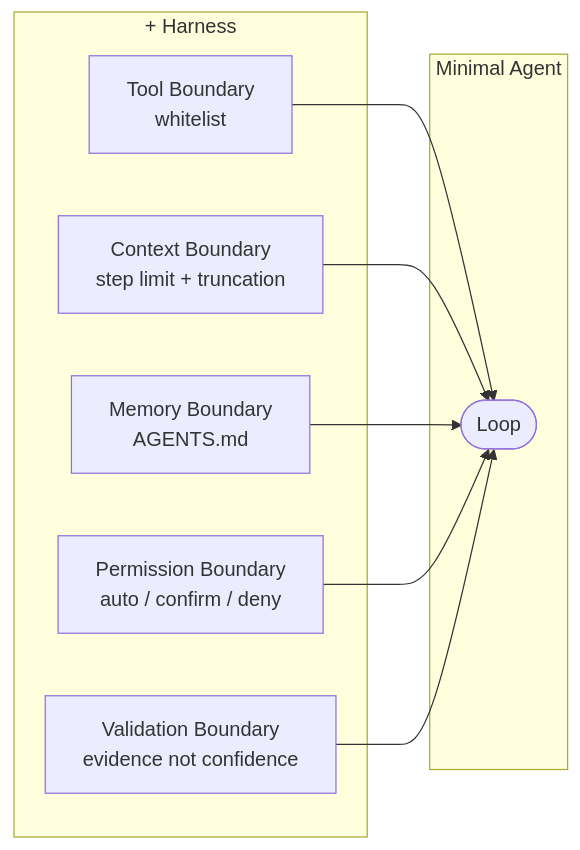
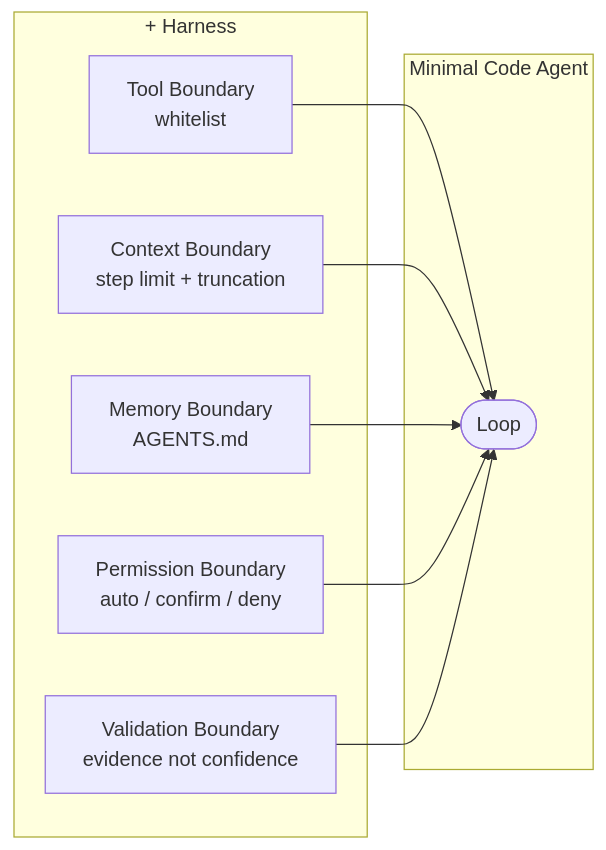
The third of 3 diagrams in src/ai-minimal-agent.md (xixiaofinland/blog), drawn with Mermaid before and after one commit. The commit also changed other lines of this file and 3 other files, not shown here.

````diff
--- a/src/ai-minimal-agent.md
+++ b/src/ai-minimal-agent.md
@@ -317,14 +345,14 @@
 ```mermaid
 flowchart LR
-    subgraph Minimal["Minimal Agent"]
+    subgraph Minimal["Minimal Code Agent"]
         L([Loop])
     end
 
     subgraph Harness["+ Harness"]
         TB[Tool Boundary\nwhitelist] --> L
         CB[Context Boundary\nstep limit + truncation] --> L
         MB[Memory Boundary\nAGENTS.md] --> L
         PB[Permission Boundary\nauto / confirm / deny] --> L
         VB[Validation Boundary\nevidence not confidence] --> L
     end
 ```
````
